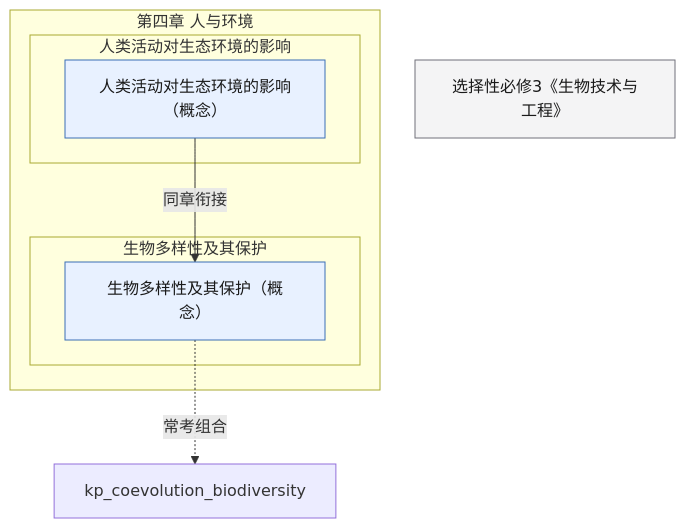
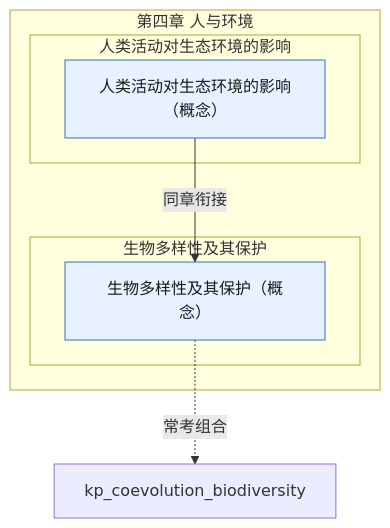
One commit to lihenair/high-school-ai-tutor-skill changed the diagram in skills/high-school-ai-tutor/references/pep-bio-xbx2-ch4.md. Above: the diagram before and after it, drawn with Mermaid. The commit also changed 26 other files, not shown here.

First line of the commit message:
feat(bio): 跨教材知识联系图谱——占位符清退 + 53 条组合边 + 联系图谱文档

````diff
--- a/skills/high-school-ai-tutor/references/pep-bio-xbx2-ch4.md
+++ b/skills/high-school-ai-tutor/references/pep-bio-xbx2-ch4.md
@@ -5,18 +5,17 @@
 ```mermaid
 flowchart TD
   classDef concept fill:#E8F1FF,stroke:#3B6FB6,color:#1A1A1A
   classDef skill fill:#E7F6EE,stroke:#2E7D4F,color:#1A1A1A
   classDef experiment fill:#FFF4E5,stroke:#C47B17,color:#1A1A1A
   classDef later fill:#F4F4F5,stroke:#71717A,color:#1A1A1A
   subgraph ch["第四章 人与环境"]
     subgraph s1["人类活动对生态环境的影响"]
       kp_human_impact["人类活动对生态环境的影响（概念）"]:::concept
     end
     subgraph s2["生物多样性及其保护"]
       kp_biodiversity_protection["生物多样性及其保护（概念）"]:::concept
     end
   end
-  bio_xbx3["选择性必修3《生物技术与工程》"]:::later
   kp_human_impact -->|同章衔接| kp_biodiversity_protection
   kp_biodiversity_protection -.->|常考组合| kp_coevolution_biodiversity
 ```
````
